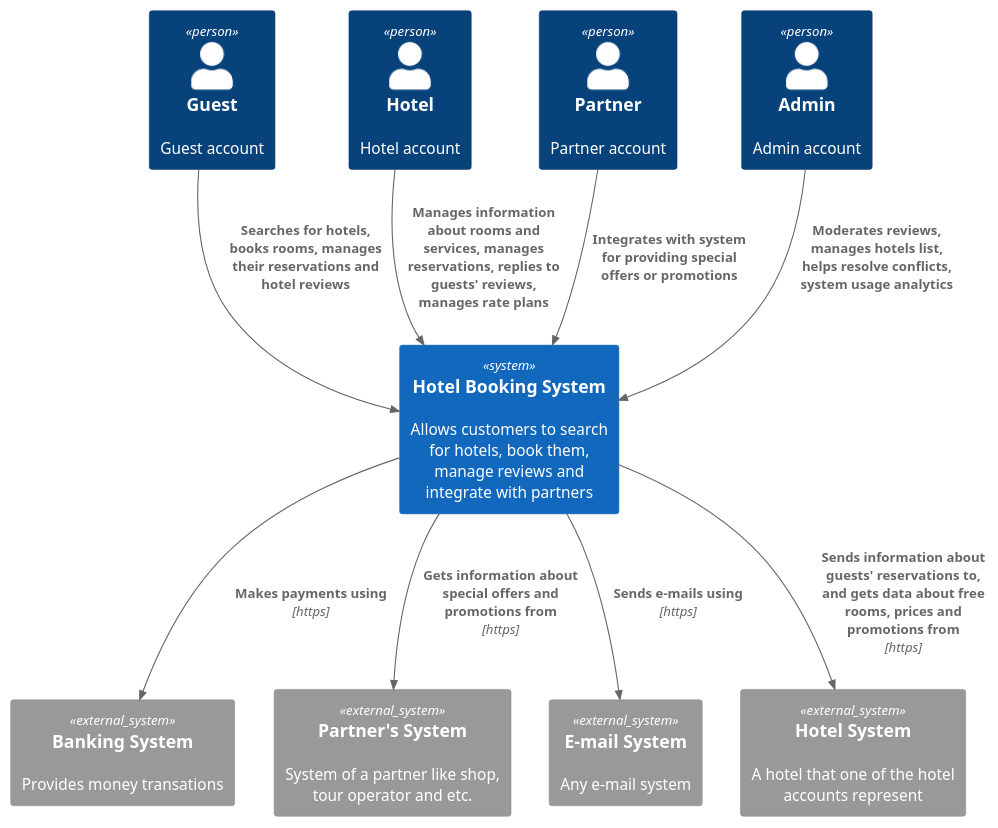
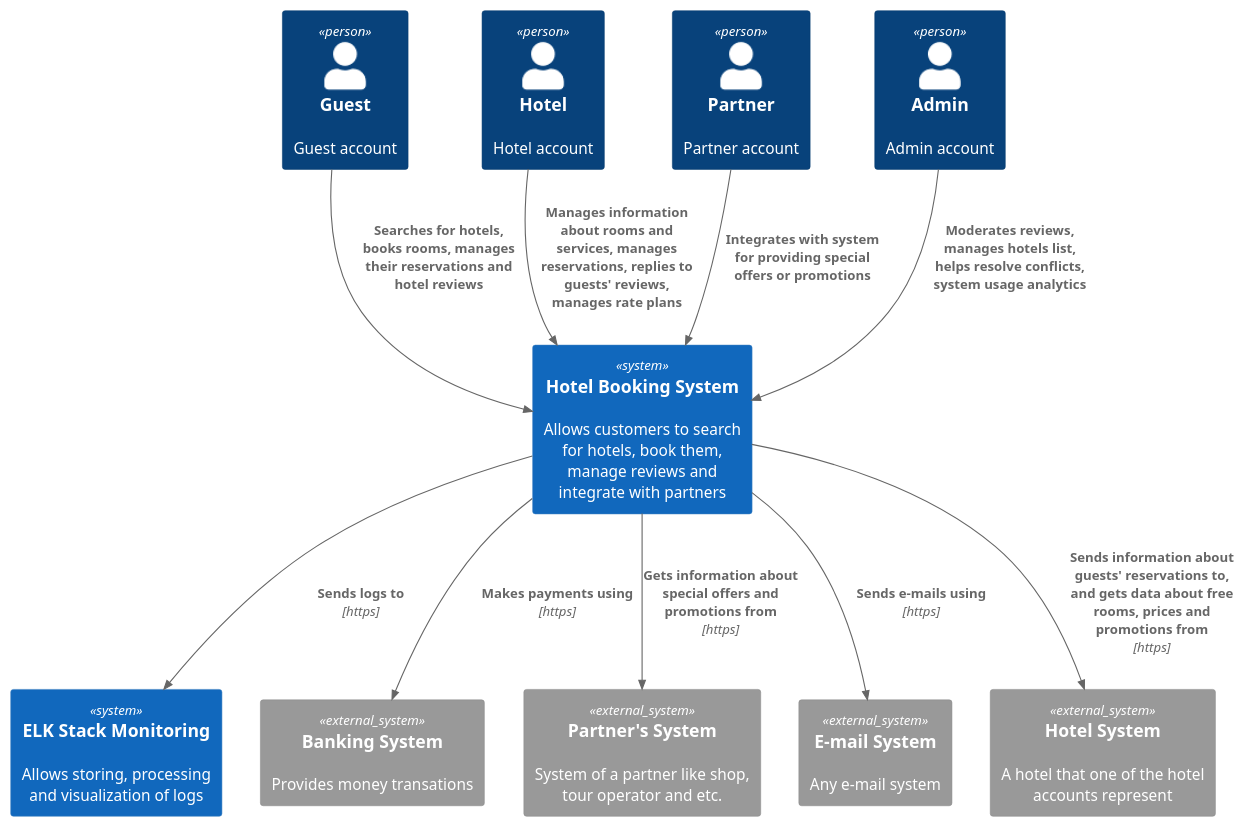
One commit to RuprechtKraus/SPM changed the diagram in C4/Context.puml. Above: the diagram before and after it, drawn with PlantUML. The commit also changed 1 other file, not shown here.

Commit message:
feat: added ELK stack to context diagram

```diff
--- a/C4/Context.puml
+++ b/C4/Context.puml
@@ -1,27 +1,30 @@
 @startuml
 
 !include https://raw.githubusercontent.com/plantuml-stdlib/C4-PlantUML/master/C4_Container.puml
 
 Person(GuestUser, "Guest", "Guest account")
 Person(HotelUser, "Hotel", "Hotel account")
 Person(PartnerUser, "Partner", "Partner account")
 Person(AdminUser, "Admin", "Admin account")
 
 System(HotelBookingSystem, "Hotel Booking System", "Allows customers to search for hotels, book them, manage reviews and integrate with partners")
+System(MonitoringSystem, "ELK Stack Monitoring", "Allows storing, processing and visualization of logs")
+
+Rel(HotelBookingSystem, MonitoringSystem, "Sends logs to", "https")
 
 Rel(GuestUser, HotelBookingSystem, "Searches for hotels, books rooms, manages their reservations and hotel reviews")
 Rel(HotelUser, HotelBookingSystem, "Manages information about rooms and services, manages reservations, replies to guests' reviews, manages rate plans")
 Rel(PartnerUser, HotelBookingSystem, "Integrates with system for providing special offers or promotions")
 Rel(AdminUser, HotelBookingSystem, "Moderates reviews, manages hotels list, helps resolve conflicts, system usage analytics")
 
 System_Ext(BankingSystem, "Banking System", "Provides money transations")
 System_Ext(PartnerSystem, "Partner's System", "System of a partner like shop, tour operator and etc.")
 System_Ext(EmailSystem, "E-mail System", "Any e-mail system")
 System_Ext(HotelSystem, "Hotel System", "A hotel that one of the hotel accounts represent")
 
 Rel(HotelBookingSystem, BankingSystem, "Makes payments using", "https")
 Rel(HotelBookingSystem, PartnerSystem, "Gets information about special offers and promotions from", "https")
 Rel(HotelBookingSystem, EmailSystem, "Sends e-mails using", "https")
 Rel(HotelBookingSystem, HotelSystem, "Sends information about guests' reservations to, and gets data about free rooms, prices and promotions from", "https")
 
 @enduml
```
